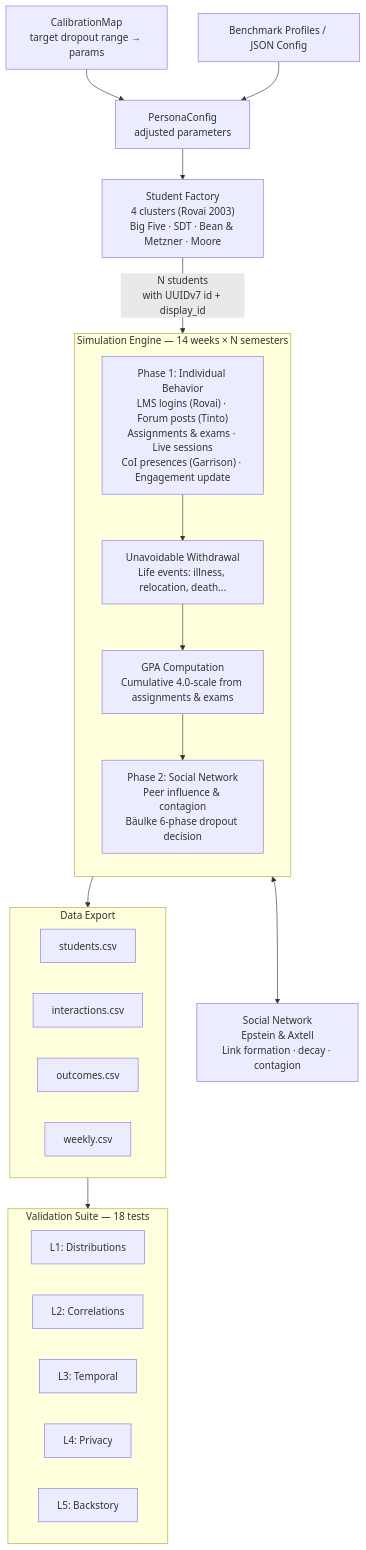
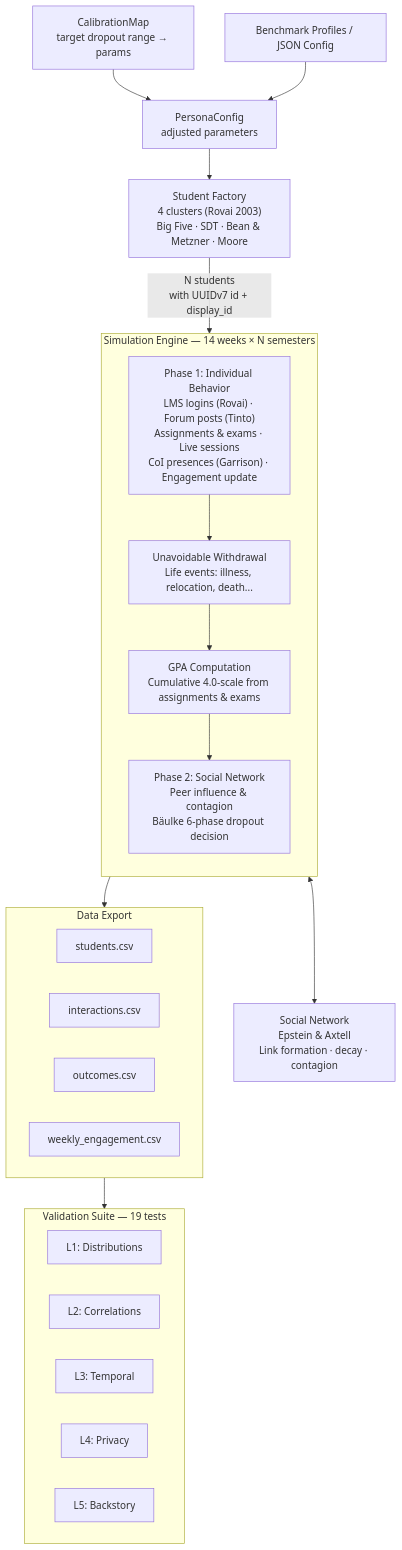
Before and after one commit to theaiagent/SynthEd: the diagram in README.md, drawn with Mermaid. The commit also changed other lines of this file and 1 other file, not shown here.

First line of the commit message:
fix: enable 2 missing validation tests + comprehensive README optimization

````diff
--- a/README.md
+++ b/README.md
@@ -32,47 +42,47 @@
 ```mermaid
 flowchart TD
     CM["CalibrationMap\ntarget dropout range → params"]
     BP["Benchmark Profiles / JSON Config"]
     PC["PersonaConfig\nadjusted parameters"]
 
     CM --> PC
     BP --> PC
 
     SF["Student Factory\n4 clusters (Rovai 2003)\nBig Five · SDT · Bean & Metzner · Moore"]
     PC --> SF
 
     SF -->|"N students\nwith UUIDv7 id + display_id"| engine
 
     subgraph engine ["Simulation Engine — 14 weeks × N semesters"]
         direction TB
         P1["Phase 1: Individual Behavior\nLMS logins (Rovai) · Forum posts (Tinto)\nAssignments & exams · Live sessions\nCoI presences (Garrison) · Engagement update"]
         UW["Unavoidable Withdrawal\nLife events: illness, relocation, death..."]
         GPA["GPA Computation\nCumulative 4.0-scale from assignments & exams"]
         P2["Phase 2: Social Network\nPeer influence & contagion\nBäulke 6-phase dropout decision"]
         P1 --> UW --> GPA --> P2
     end
 
     SN["Social Network\nEpstein & Axtell\nLink formation · decay · contagion"]
     P2 <--> SN
 
     engine --> EX
 
     subgraph EX ["Data Export"]
         direction LR
         E1["students.csv"]
         E2["interactions.csv"]
         E3["outcomes.csv"]
-        E4["weekly.csv"]
+        E4["weekly_engagement.csv"]
     end
 
     EX --> VAL
 
-    subgraph VAL ["Validation Suite — 18 tests"]
+    subgraph VAL ["Validation Suite — 19 tests"]
         direction LR
         V1["L1: Distributions"]
         V2["L2: Correlations"]
         V3["L3: Temporal"]
         V4["L4: Privacy"]
         V5["L5: Backstory"]
     end
 ```
````
